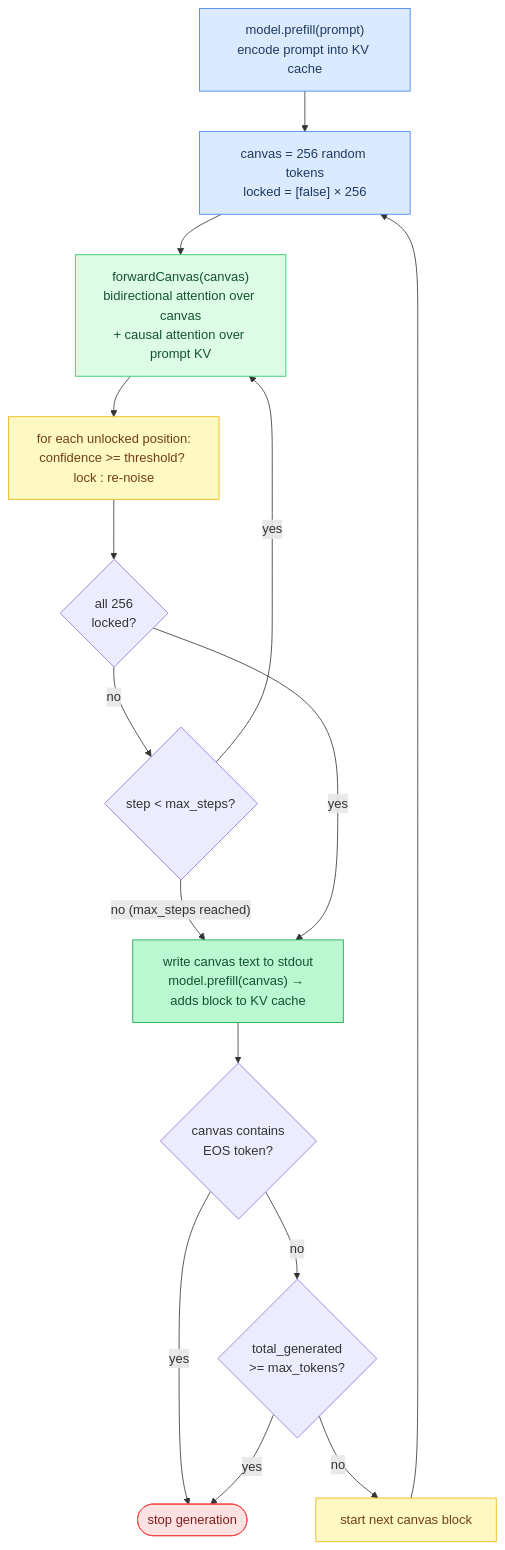
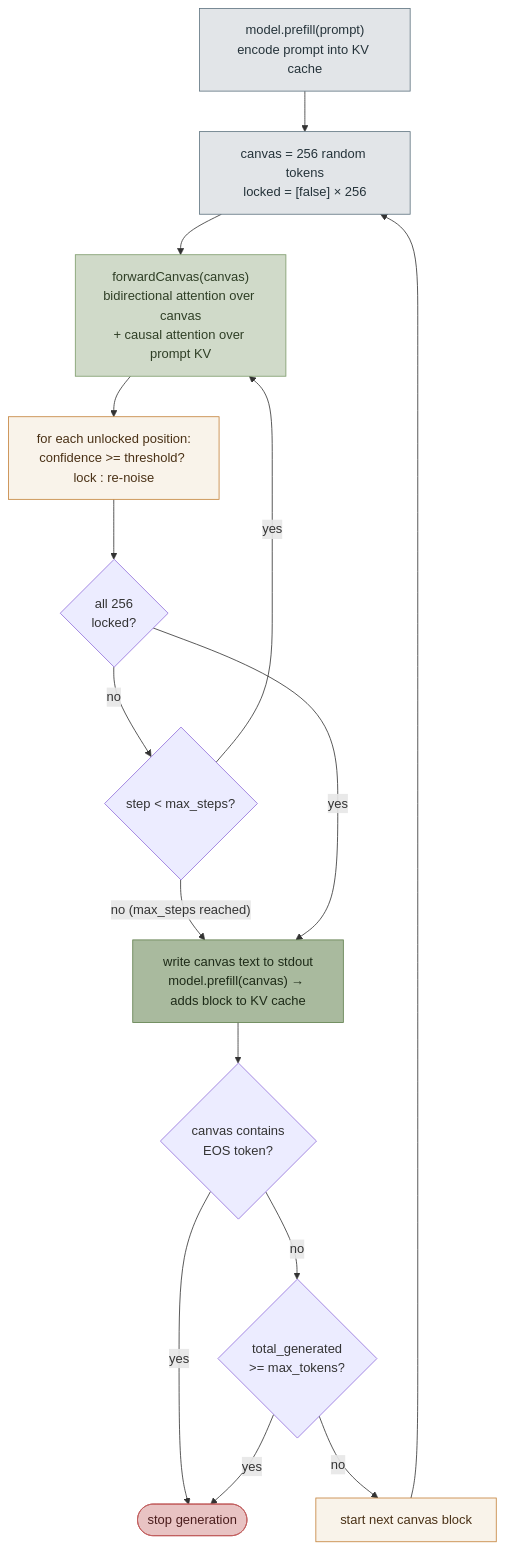
Before and after one commit to maci0/agave: the diagram in docs/tutorial/20-diffusion-lm.md, drawn with Mermaid. The commit also changed 198 other files, not shown here.

Commit message:
docs: re-theme diagram palette to the product ink ramp

````diff
--- a/docs/tutorial/20-diffusion-lm.md
+++ b/docs/tutorial/20-diffusion-lm.md
@@ -111,33 +111,33 @@
 ```mermaid
 flowchart TD
-    classDef setup     fill:#dbeafe,stroke:#3b82f6,color:#1e3a5f
-    classDef sync      fill:#dcfce7,stroke:#22c55e,color:#14532d
-    classDef migration fill:#fef9c3,stroke:#eab308,color:#713f12
-    classDef success   fill:#bbf7d0,stroke:#16a34a,color:#14532d
-    classDef danger    fill:#fee2e2,stroke:#ef4444,color:#7f1d1d
-    classDef optional  fill:#f3e8ff,stroke:#9333ea,color:#581c87
+    classDef setup     fill:#e2e5e8,stroke:#5f7480,color:#25333a
+    classDef sync      fill:#d0dac9,stroke:#7d9b6a,color:#2f3f26
+    classDef migration fill:#f9f3ea,stroke:#c4823a,color:#4a3116
+    classDef success   fill:#a9ba9e,stroke:#5f7f4c,color:#1e2b18
+    classDef danger    fill:#e8c3c3,stroke:#c05c5c,color:#4a1c1c
+    classDef optional  fill:#d2bcb6,stroke:#a97f75,color:#3d2520
 
     Prefill["model.prefill(prompt)\nencode prompt into KV cache"]:::setup
     NewCanvas["canvas = 256 random tokens\nlocked = [false] × 256"]:::setup
     Forward["forwardCanvas(canvas)\nbidirectional attention over canvas\n+ causal attention over prompt KV"]:::sync
     Accept["for each unlocked position:\nconfidence >= threshold? lock : re-noise"]:::migration
     AllLocked{"all 256\nlocked?"}
     NextStep{"step < max_steps?"}
     Emit["write canvas text to stdout\nmodel.prefill(canvas) → adds block to KV cache"]:::success
     EosCheck{"canvas contains\nEOS token?"}
     LenCheck{"total_generated\n>= max_tokens?"}
     Stop(["stop generation"]):::danger
     NextBlock["start next canvas block"]:::migration
 
     Prefill --> NewCanvas --> Forward --> Accept --> AllLocked
     AllLocked -- "no" --> NextStep
     NextStep -- "yes" --> Forward
     NextStep -- "no (max_steps reached)" --> Emit
     AllLocked -- "yes" --> Emit
     Emit --> EosCheck
     EosCheck -- "yes" --> Stop
     EosCheck -- "no" --> LenCheck
     LenCheck -- "yes" --> Stop
     LenCheck -- "no" --> NextBlock
     NextBlock --> NewCanvas
 ```
````
